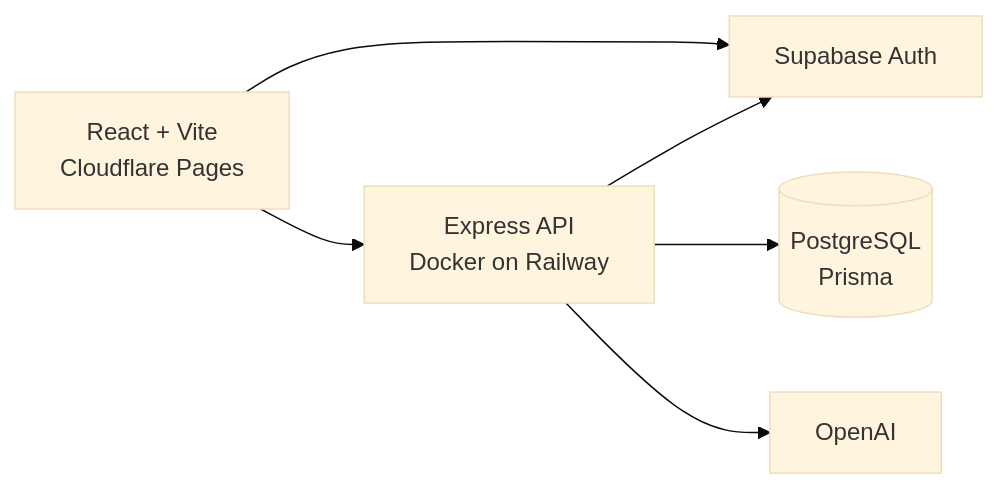
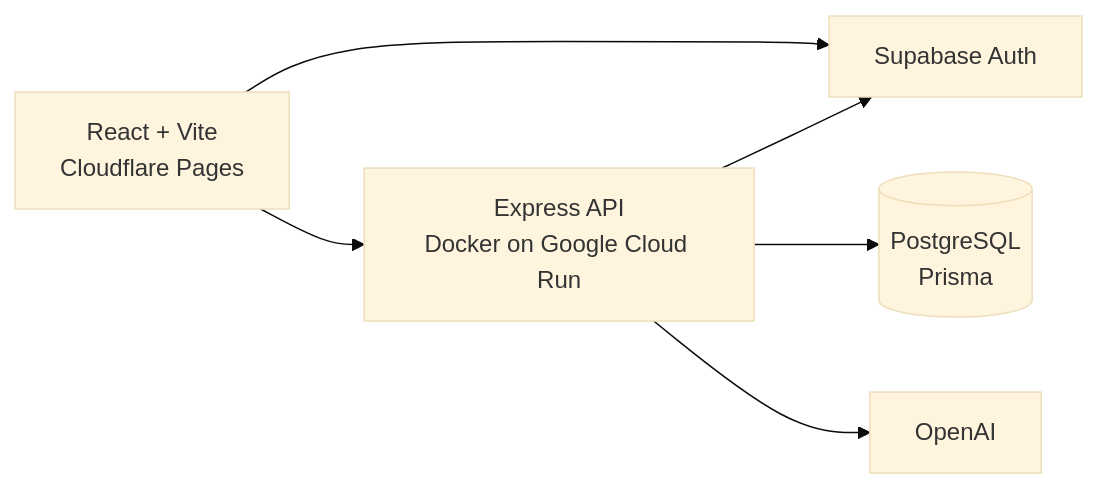
Before and after one commit to RyanZCode/practice-plus-plus: the diagram in README.md, drawn with Mermaid (base theme). The commit also changed 36 other files, not shown here.

````diff
--- a/README.md
+++ b/README.md
@@ -39,8 +39,8 @@
 ```mermaid
 flowchart LR
-    Web[React + Vite<br/>Cloudflare Pages] --> API[Express API<br/>Docker on Railway]
+    Web[React + Vite<br/>Cloudflare Pages] --> API[Express API<br/>Docker on Google Cloud Run]
     Web --> Auth[Supabase Auth]
     API --> Auth
     API --> DB[(PostgreSQL<br/>Prisma)]
     API --> AI[OpenAI]
 ```
````
